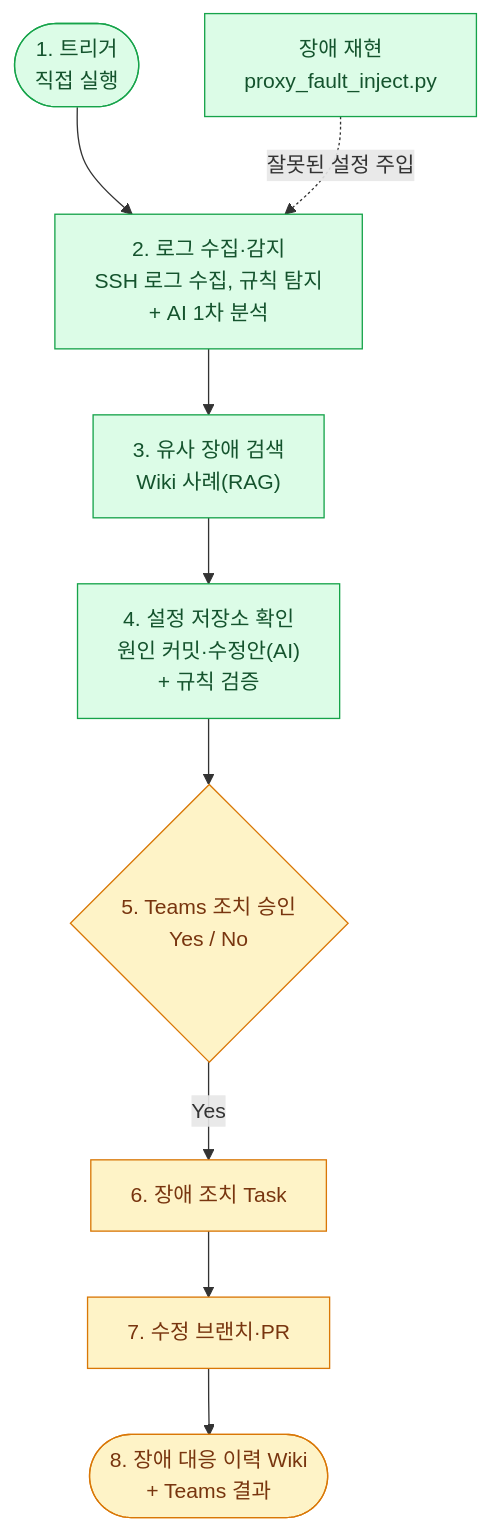
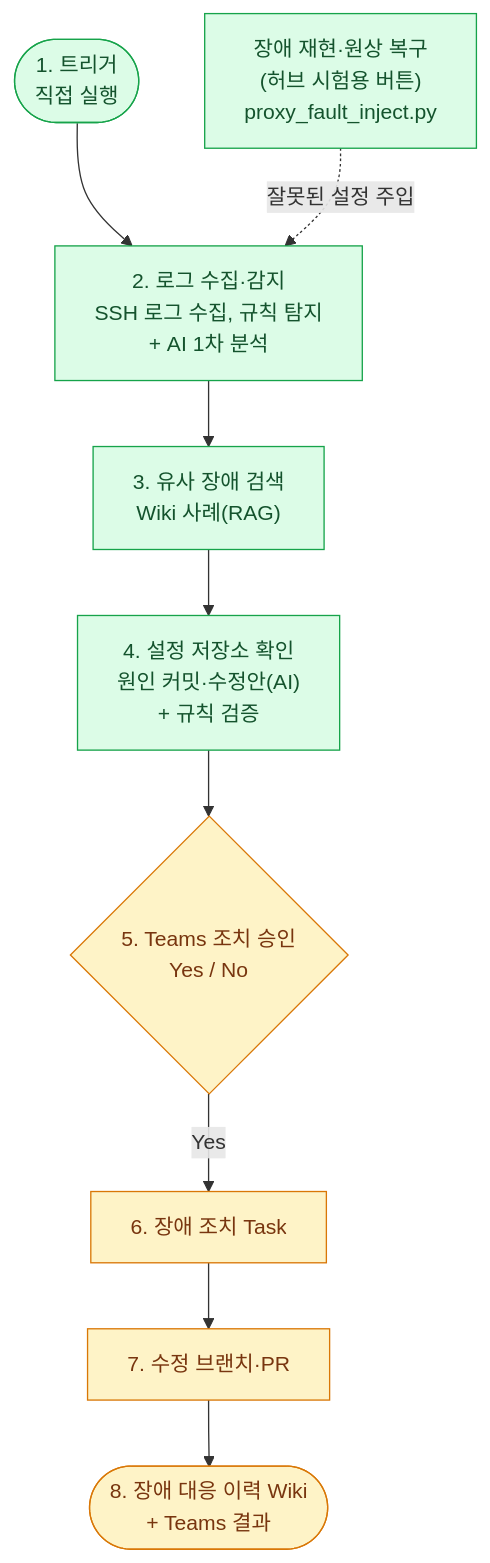
The third of 10 diagrams in README.md (pcmola/ai-master), drawn with Mermaid before and after one commit.

Commit message:
README: 시나리오 3 다이어그램에 장애 재현·원상 복구 버튼 표시

````diff
--- a/README.md
+++ b/README.md
@@ -165,17 +165,17 @@
 ```mermaid
 flowchart TD
     t(["1. 트리거<br/>직접 실행"]) --> d["2. 로그 수집·감지<br/>SSH 로그 수집, 규칙 탐지<br/>+ AI 1차 분석"]
     d --> sim["3. 유사 장애 검색<br/>Wiki 사례(RAG)"]
     sim --> src["4. 설정 저장소 확인<br/>원인 커밋·수정안(AI)<br/>+ 규칙 검증"]
     src --> ap{"5. Teams 조치 승인<br/>Yes / No"}
     ap -- "Yes" --> task["6. 장애 조치 Task"]
     task --> pr["7. 수정 브랜치·PR"]
     pr --> hist(["8. 장애 대응 이력 Wiki<br/>+ Teams 결과"])
-    inj["장애 재현<br/>proxy_fault_inject.py"] -. "잘못된 설정 주입" .-> d
+    inj["장애 재현·원상 복구<br/>(허브 시험용 버튼)<br/>proxy_fault_inject.py"] -. "잘못된 설정 주입" .-> d
 
     classDef done fill:#DCFCE7,stroke:#16A34A,color:#14532D
     classDef part fill:#FEF3C7,stroke:#D97706,color:#78350F
     classDef todo fill:#F1F5F9,stroke:#94A3B8,stroke-dasharray:4 3,color:#64748B
     class t,d,sim,src,inj done
     class ap,task,pr,hist part
 ```
````
